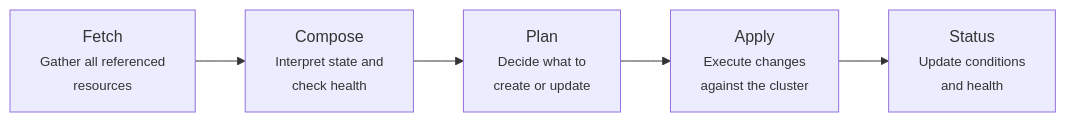
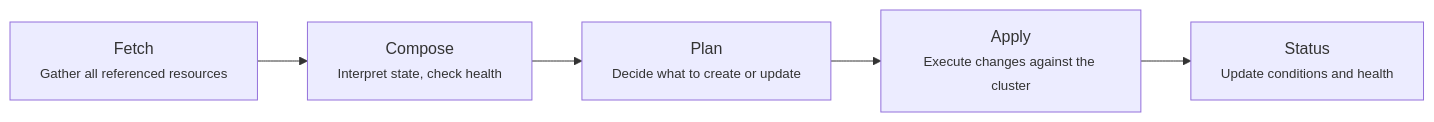
One commit to amd-enterprise-ai/aim-engine changed the third of 3 diagrams in docs/docs/getting-started/architecture.md. Above: the diagram before and after it, drawn with Mermaid. The commit also changed other lines of this file and 385 other files, not shown here.

````diff
--- a/docs/docs/getting-started/architecture.md
+++ b/docs/docs/getting-started/architecture.md
@@ -140,10 +150,10 @@
 ```mermaid
 flowchart LR
-    Fetch["Fetch<br/><small>Gather all referenced<br/>resources</small>"]
-    Compose["Compose<br/><small>Interpret state and<br/>check health</small>"]
-    Plan["Plan<br/><small>Decide what to<br/>create or update</small>"]
-    Apply["Apply<br/><small>Execute changes<br/>against the cluster</small>"]
-    Status["Status<br/><small>Update conditions<br/>and health</small>"]
+    Fetch["Fetch<br/><small>Gather all referenced resources</small>"]
+    Compose["Compose<br/><small>Interpret state, check health</small>"]
+    Plan["Plan<br/><small>Decide what to create or update</small>"]
+    Apply["Apply<br/><small>Execute changes against the cluster</small>"]
+    Status["Status<br/><small>Update conditions and health</small>"]
 
     Fetch --> Compose --> Plan --> Apply --> Status
 ```
````
